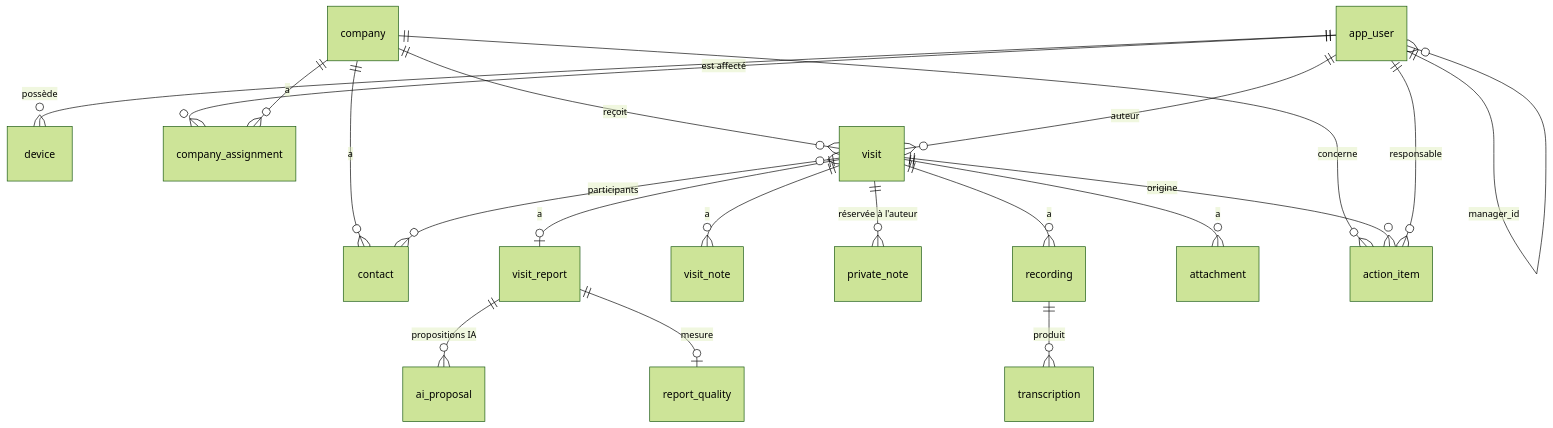
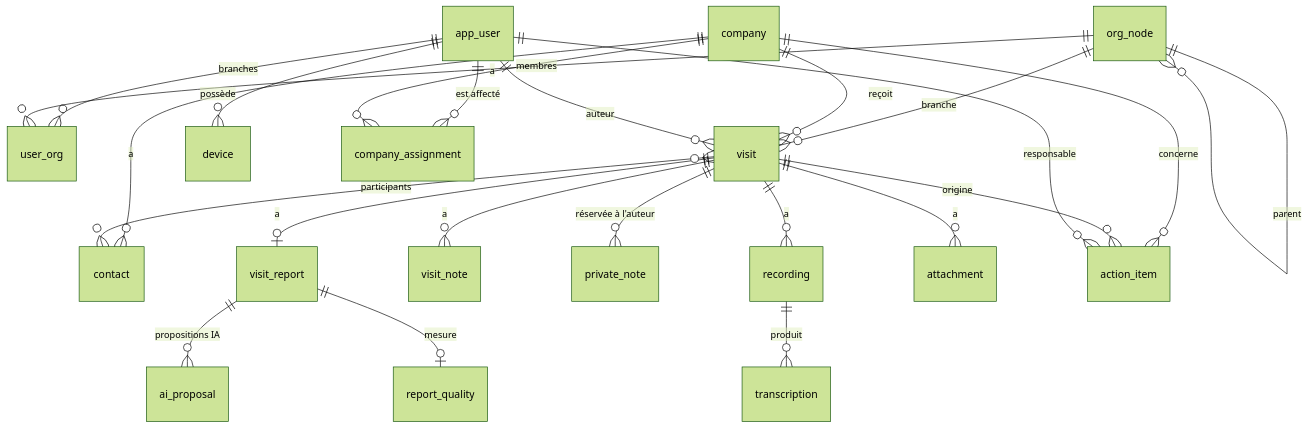
One commit to d9-197/visites-commerciales changed the diagram in docs/SCHEMA_DONNEES.md. Above: the diagram before and after it, drawn with Mermaid (forest theme). The commit also changed other lines of this file and 21 other files, not shown here.

First line of the commit message:
Organisation arborescente : application back (rubrique Organisation, branches des comptes, reporting consolidé par branche), application mobile (choix de la branche, regroupement), OpenAPI, contrat, documentation

````diff
--- a/docs/SCHEMA_DONNEES.md
+++ b/docs/SCHEMA_DONNEES.md
@@ -7,22 +7,25 @@
 ```mermaid
 erDiagram
-  app_user ||--o{ app_user : "manager_id"
+  app_user ||--o{ user_org : "branches"
+  org_node ||--o{ user_org : "membres"
+  org_node ||--o{ org_node : "parent"
+  org_node ||--o{ visit : "branche"
   app_user ||--o{ device : possède
   app_user ||--o{ company_assignment : "est affecté"
   company ||--o{ company_assignment : a
   company ||--o{ contact : a
   company ||--o{ visit : reçoit
   app_user ||--o{ visit : "auteur"
   visit ||--o| visit_report : a
   visit ||--o{ visit_note : a
   visit ||--o{ private_note : "réservée à l'auteur"
   visit ||--o{ recording : a
   visit ||--o{ attachment : a
   visit }o--o{ contact : "participants"
   recording ||--o{ transcription : produit
   visit_report ||--o{ ai_proposal : "propositions IA"
   visit_report ||--o| report_quality : mesure
   company ||--o{ action_item : concerne
   visit ||--o{ action_item : "origine"
   app_user ||--o{ action_item : "responsable"
 ```
````
